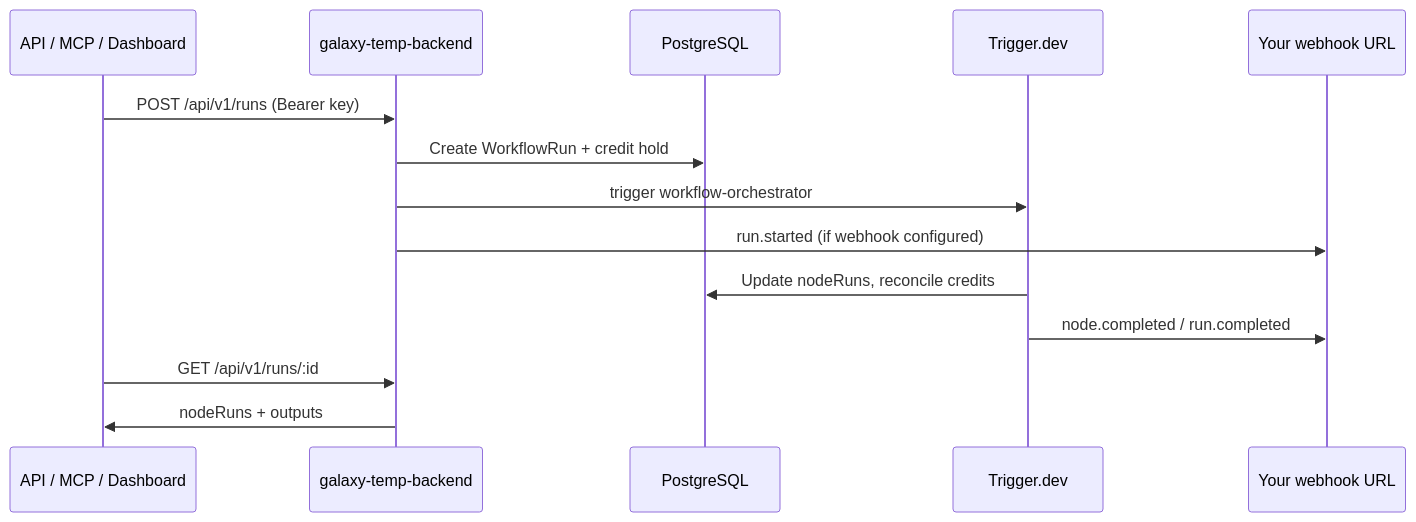
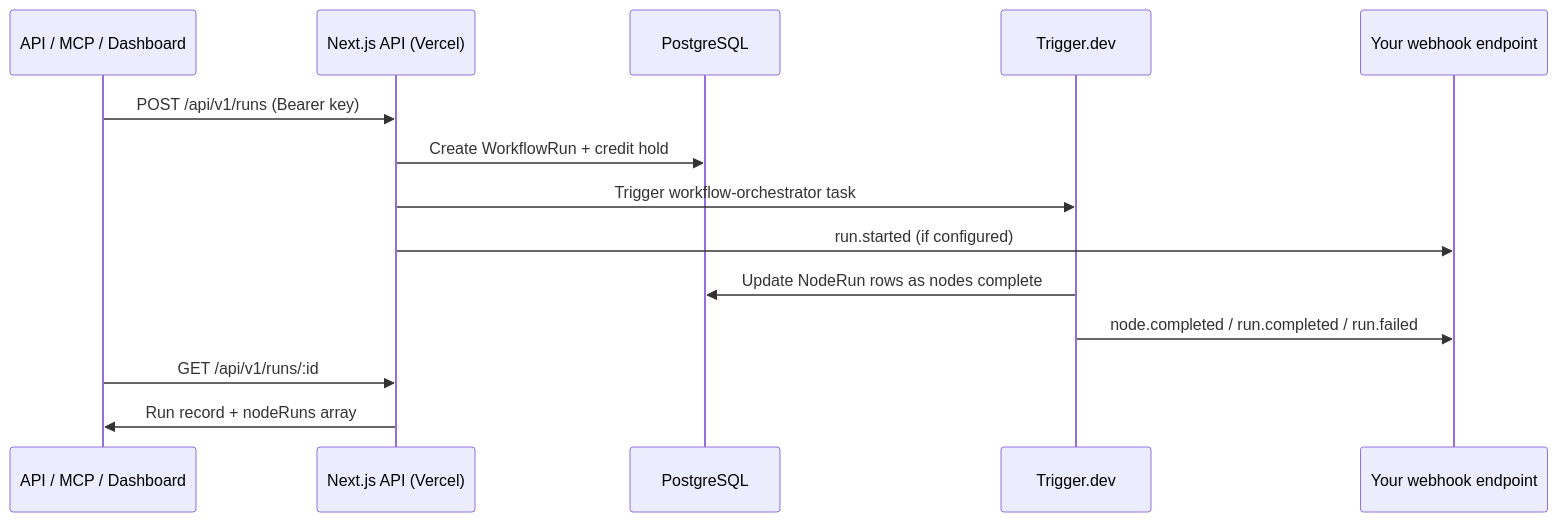
Before and after one commit to Shashank519915/galaxy-temp-frontend-docs: the diagram in architecture.mdx, drawn with Mermaid. The commit also changed other lines of this file and 12 other files, not shown here.

````diff
--- a/architecture.mdx
+++ b/architecture.mdx
@@ -8,17 +8,17 @@
 ```mermaid
 sequenceDiagram
   participant Client as API / MCP / Dashboard
-  participant Next as galaxy-temp-backend
+  participant API as Next.js API (Vercel)
   participant DB as PostgreSQL
   participant TD as Trigger.dev
-  participant WH as Your webhook URL
+  participant WH as Your webhook endpoint
 
-  Client->>Next: POST /api/v1/runs (Bearer key)
-  Next->>DB: Create WorkflowRun + credit hold
-  Next->>TD: trigger workflow-orchestrator
-  Next->>WH: run.started (if webhook configured)
-  TD->>DB: Update nodeRuns, reconcile credits
-  TD->>WH: node.completed / run.completed
-  Client->>Next: GET /api/v1/runs/:id
-  Next->>Client: nodeRuns + outputs
+  Client->>API: POST /api/v1/runs (Bearer key)
+  API->>DB: Create WorkflowRun + credit hold
+  API->>TD: Trigger workflow-orchestrator task
+  API->>WH: run.started (if configured)
+  TD->>DB: Update NodeRun rows as nodes complete
+  TD->>WH: node.completed / run.completed / run.failed
+  Client->>API: GET /api/v1/runs/:id
+  API->>Client: Run record + nodeRuns array
 ```
````
